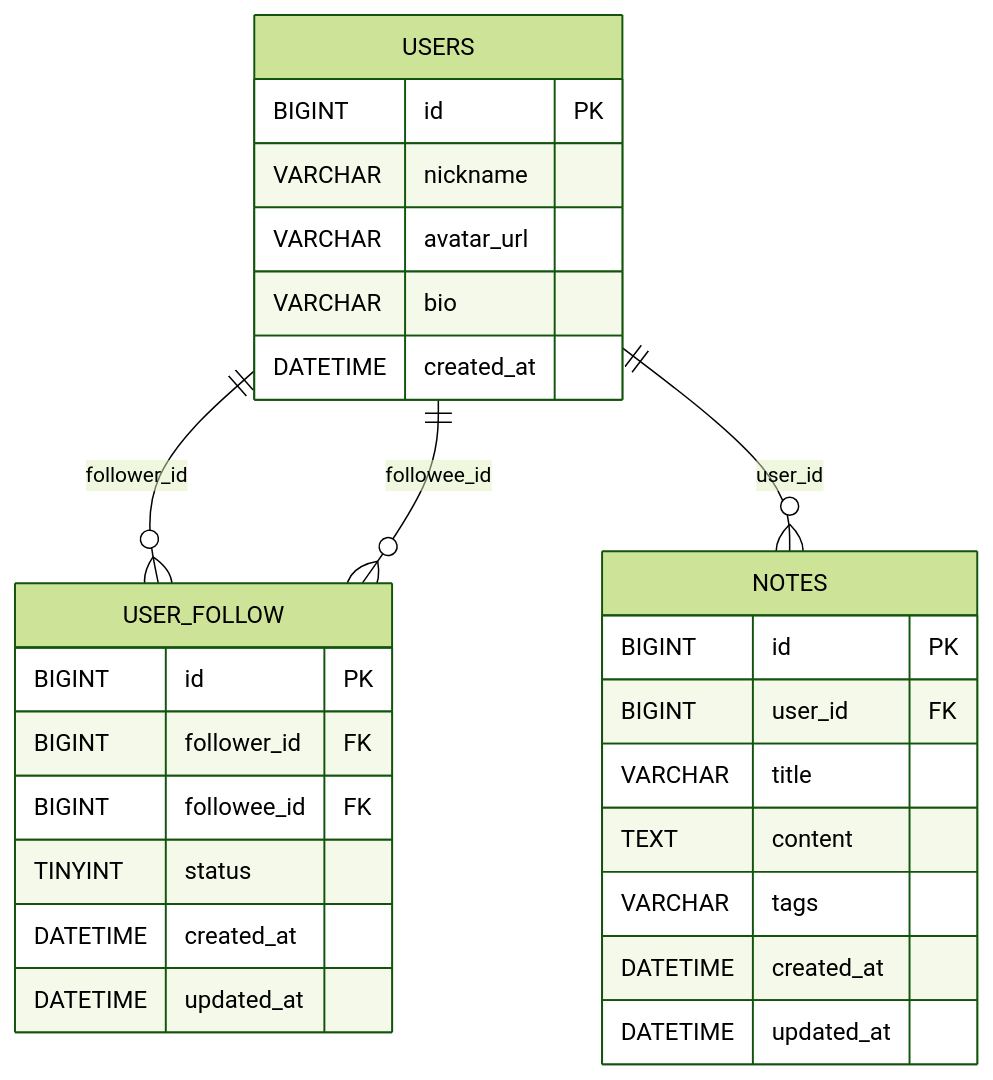
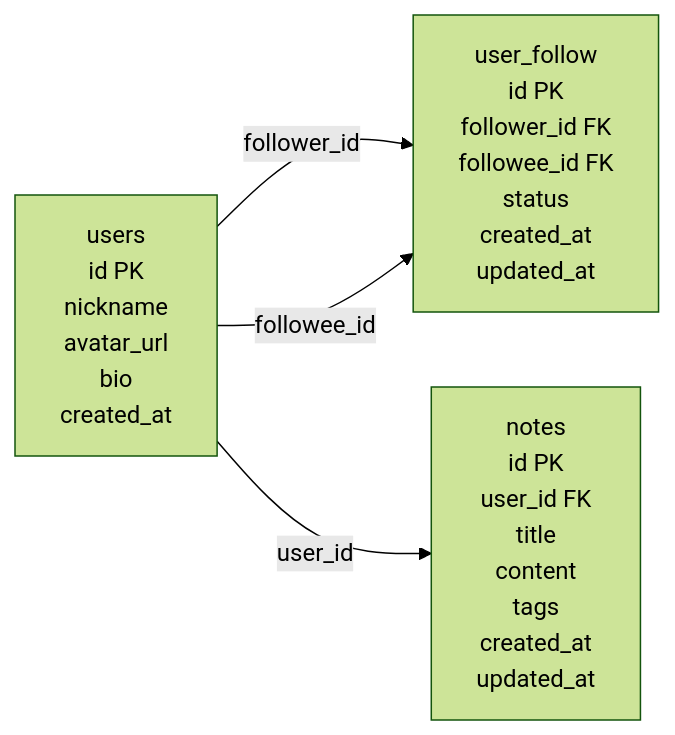
One commit to planeter-0/xhs-lite-backend changed the second of 2 diagrams in README.md. Above: the diagram before and after it, drawn with Mermaid (forest theme). The commit also changed other lines of this file, not shown here.

````diff
--- a/README.md
+++ b/README.md
@@ -36,33 +67,10 @@
 ```mermaid
-erDiagram
-  USERS ||--o{ USER_FOLLOW : "follower_id"
-  USERS ||--o{ USER_FOLLOW : "followee_id"
-  USERS ||--o{ NOTES : "user_id"
+flowchart LR
+  USERS["users<br/>id PK<br/>nickname<br/>avatar_url<br/>bio<br/>created_at"]
+  USER_FOLLOW["user_follow<br/>id PK<br/>follower_id FK<br/>followee_id FK<br/>status<br/>created_at<br/>updated_at"]
+  NOTES["notes<br/>id PK<br/>user_id FK<br/>title<br/>content<br/>tags<br/>created_at<br/>updated_at"]
 
-  USERS {
-    BIGINT id PK
-    VARCHAR nickname
-    VARCHAR avatar_url
-    VARCHAR bio
-    DATETIME created_at
-  }
-
-  USER_FOLLOW {
-    BIGINT id PK
-    BIGINT follower_id FK
-    BIGINT followee_id FK
-    TINYINT status
-    DATETIME created_at
-    DATETIME updated_at
-  }
-
-  NOTES {
-    BIGINT id PK
-    BIGINT user_id FK
-    VARCHAR title
-    TEXT content
-    VARCHAR tags
-    DATETIME created_at
-    DATETIME updated_at
-  }
+  USERS -->|"follower_id"| USER_FOLLOW
+  USERS -->|"followee_id"| USER_FOLLOW
+  USERS -->|"user_id"| NOTES
 ```
````
